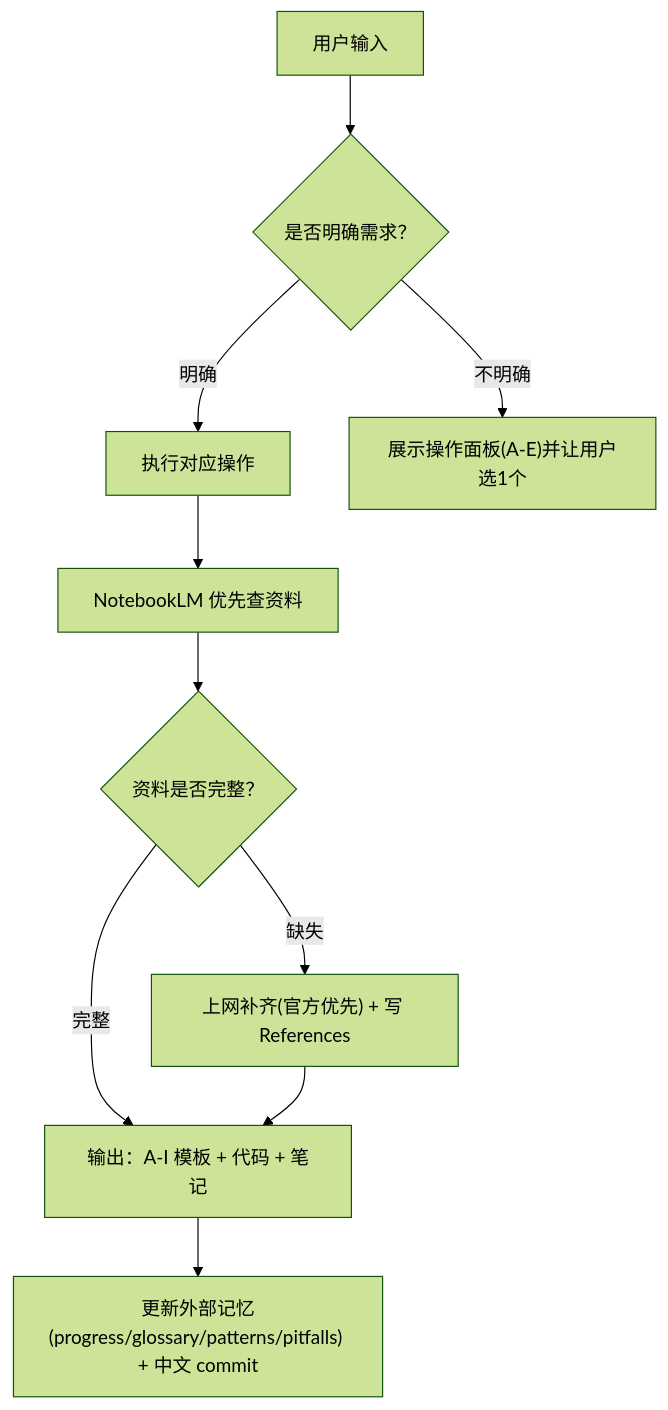
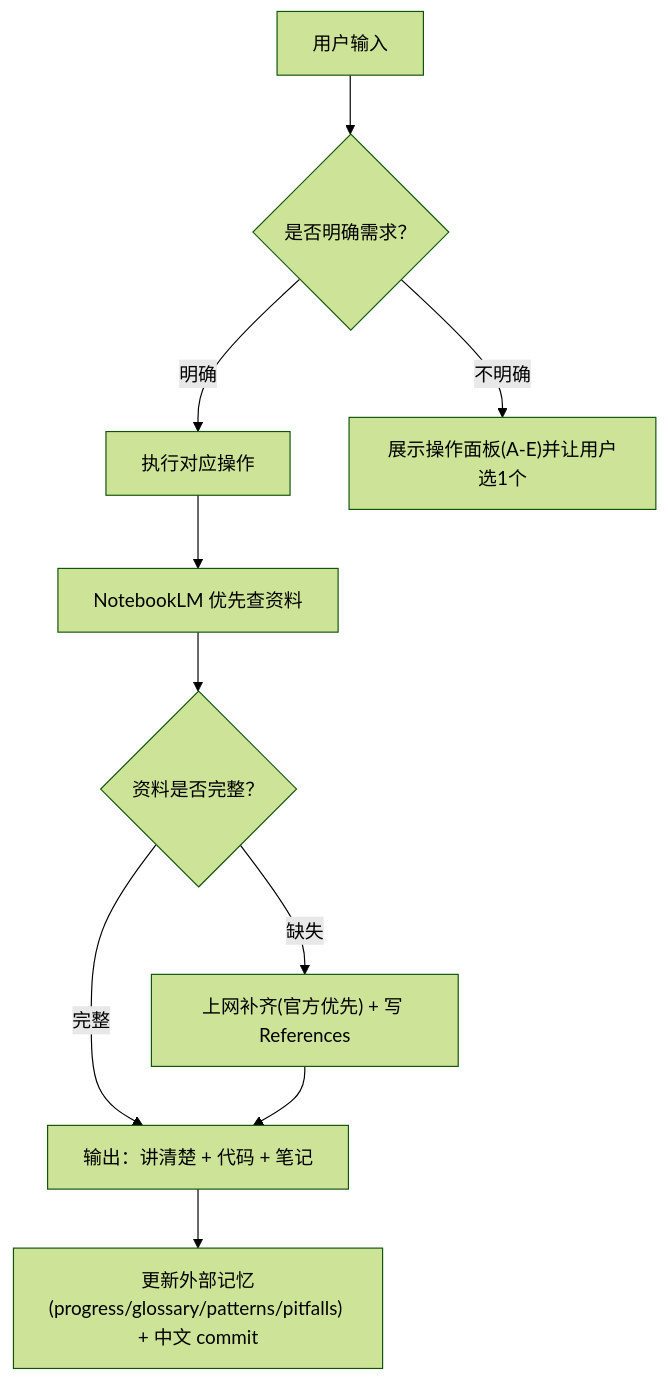
Before and after one commit to zhao5271/go-study: the diagram in go-fullstack-coach/SKILL.md, drawn with Mermaid (forest theme). The commit also changed other lines of this file and 2 other files, not shown here.

````diff
--- a/go-fullstack-coach/SKILL.md
+++ b/go-fullstack-coach/SKILL.md
@@ -98,12 +98,12 @@
 ```mermaid
 flowchart TD
   U["用户输入"] --> C{"是否明确需求？"}
   C -- "明确" --> R["执行对应操作"]
   C -- "不明确" --> M["展示操作面板(A-E)并让用户选1个"]
   R --> S["NotebookLM 优先查资料"]
   S --> K{"资料是否完整？"}
-  K -- "完整" --> O["输出：A-I 模板 + 代码 + 笔记"]
+  K -- "完整" --> O["输出：讲清楚 + 代码 + 笔记"]
   K -- "缺失" --> W["上网补齐(官方优先) + 写 References"]
   W --> O
   O --> P["更新外部记忆(progress/glossary/patterns/pitfalls) + 中文 commit"]
 ```
````
